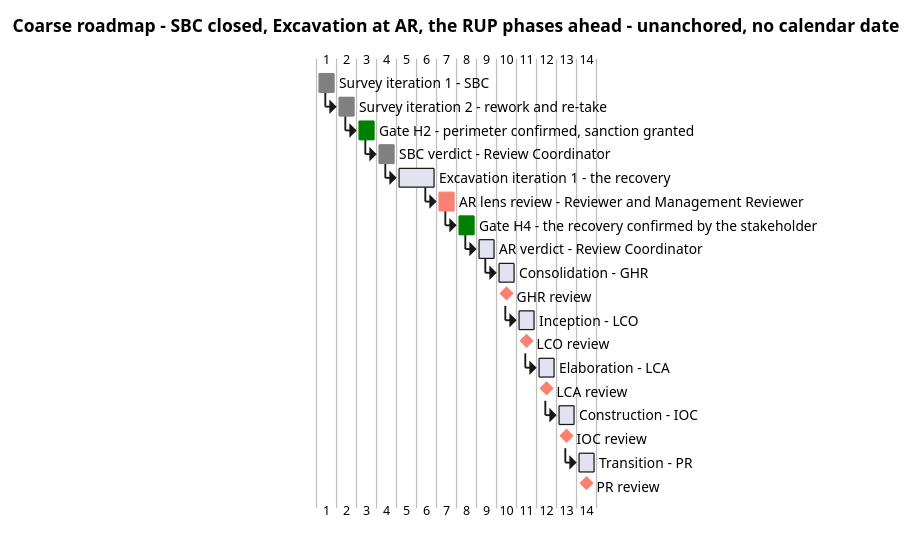
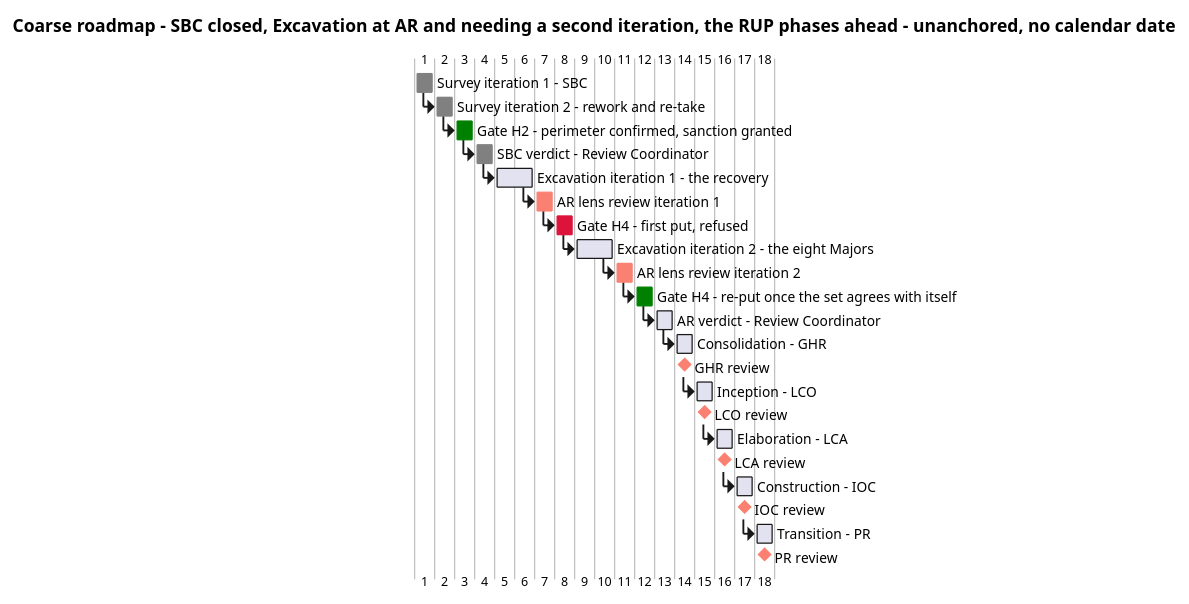
The first of 8 diagrams in docs/artifacts/project-management/iteration-plan.md (banense-test/TodoApp), drawn with PlantUML before and after one commit. The commit also changed other lines of this file, not shown here.

First line of the commit message:
Project Manager [Excavation1]: upsert Iteration Plan

````diff
--- a/docs/artifacts/project-management/iteration-plan.md
+++ b/docs/artifacts/project-management/iteration-plan.md
@@ -30,47 +30,55 @@
 ```plantuml
 @startgantt
-title Coarse roadmap - SBC closed, Excavation at AR, the RUP phases ahead - unanchored, no calendar date
+title Coarse roadmap - SBC closed, Excavation at AR and needing a second iteration, the RUP phases ahead - unanchored, no calendar date
 
 [Survey iteration 1 - SBC] lasts 1 day
 [Survey iteration 1 - SBC] is colored in Gray
 [Survey iteration 2 - rework and re-take] lasts 1 day
 [Survey iteration 2 - rework and re-take] starts at [Survey iteration 1 - SBC]'s end
 [Survey iteration 2 - rework and re-take] is colored in Gray
 [Gate H2 - perimeter confirmed, sanction granted] lasts 1 day
 [Gate H2 - perimeter confirmed, sanction granted] starts at [Survey iteration 2 - rework and re-take]'s end
 [Gate H2 - perimeter confirmed, sanction granted] is colored in Green
 [SBC verdict - Review Coordinator] lasts 1 day
 [SBC verdict - Review Coordinator] starts at [Gate H2 - perimeter confirmed, sanction granted]'s end
 [SBC verdict - Review Coordinator] is colored in Gray
 [Excavation iteration 1 - the recovery] lasts 2 days
 [Excavation iteration 1 - the recovery] starts at [SBC verdict - Review Coordinator]'s end
-[AR lens review - Reviewer and Management Reviewer] lasts 1 day
-[AR lens review - Reviewer and Management Reviewer] starts at [Excavation iteration 1 - the recovery]'s end
-[AR lens review - Reviewer and Management Reviewer] is colored in Salmon
-[Gate H4 - the recovery confirmed by the stakeholder] lasts 1 day
-[Gate H4 - the recovery confirmed by the stakeholder] starts at [AR lens review - Reviewer and Management Reviewer]'s end
-[Gate H4 - the recovery confirmed by the stakeholder] is colored in Green
+[AR lens review iteration 1] lasts 1 day
+[AR lens review iteration 1] starts at [Excavation iteration 1 - the recovery]'s end
+[AR lens review iteration 1] is colored in Salmon
+[Gate H4 - first put, refused] lasts 1 day
+[Gate H4 - first put, refused] starts at [AR lens review iteration 1]'s end
+[Gate H4 - first put, refused] is colored in Crimson
+[Excavation iteration 2 - the eight Majors] lasts 2 days
+[Excavation iteration 2 - the eight Majors] starts at [Gate H4 - first put, refused]'s end
+[AR lens review iteration 2] lasts 1 day
+[AR lens review iteration 2] starts at [Excavation iteration 2 - the eight Majors]'s end
+[AR lens review iteration 2] is colored in Salmon
+[Gate H4 - re-put once the set agrees with itself] lasts 1 day
+[Gate H4 - re-put once the set agrees with itself] starts at [AR lens review iteration 2]'s end
+[Gate H4 - re-put once the set agrees with itself] is colored in Green
 [AR verdict - Review Coordinator] lasts 1 day
-[AR verdict - Review Coordinator] starts at [Gate H4 - the recovery confirmed by the stakeholder]'s end
+[AR verdict - Review Coordinator] starts at [Gate H4 - re-put once the set agrees with itself]'s end
 [Consolidation - GHR] lasts 1 day
 [Consolidation - GHR] starts at [AR verdict - Review Coordinator]'s end
 [GHR review] happens at [Consolidation - GHR]'s end
 [GHR review] is colored in Salmon
 [Inception - LCO] lasts 1 day
 [Inception - LCO] starts at [GHR review]'s end
 [LCO review] happens at [Inception - LCO]'s end
 [LCO review] is colored in Salmon
 [Elaboration - LCA] lasts 1 day
 [Elaboration - LCA] starts at [LCO review]'s end
 [LCA review] happens at [Elaboration - LCA]'s end
 [LCA review] is colored in Salmon
 [Construction - IOC] lasts 1 day
 [Construction - IOC] starts at [LCA review]'s end
 [IOC review] happens at [Construction - IOC]'s end
 [IOC review] is colored in Salmon
 [Transition - PR] lasts 1 day
 [Transition - PR] starts at [IOC review]'s end
 [PR review] happens at [Transition - PR]'s end
 [PR review] is colored in Salmon
 @endgantt
 ```
````
